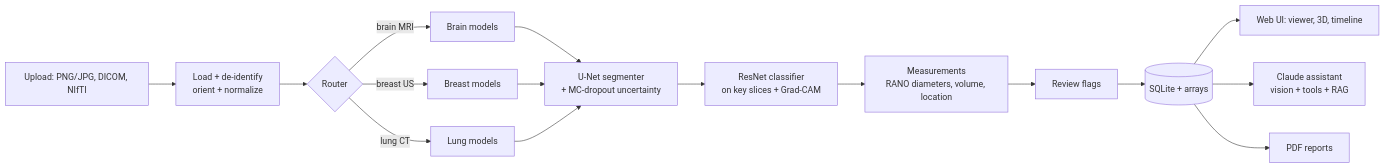
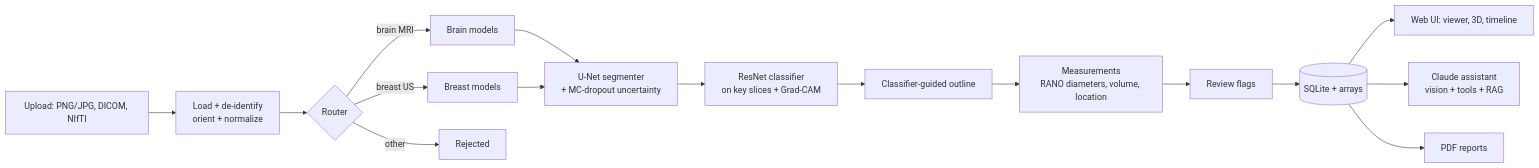
Before and after one commit to Vaishnavi220506/Medical: the diagram in README.md, drawn with Mermaid. The commit also changed other lines of this file and 1 other file, not shown here.

````diff
--- a/README.md
+++ b/README.md
@@ -88,16 +132,17 @@
 ```mermaid
 flowchart LR
     U[Upload: PNG/JPG, DICOM, NIfTI] --> IO[Load + de-identify<br/>orient + normalize]
     IO --> R{Router}
     R -->|brain MRI| B[Brain models]
     R -->|breast US| BR[Breast models]
-    R -->|lung CT| L[Lung models]
-    B & BR & L --> S[U-Net segmenter<br/>+ MC-dropout uncertainty]
+    R -->|other| X[Rejected]
+    B & BR --> S[U-Net segmenter<br/>+ MC-dropout uncertainty]
     S --> C[ResNet classifier<br/>on key slices + Grad-CAM]
-    C --> M[Measurements<br/>RANO diameters, volume, location]
+    C --> G[Classifier-guided outline]
+    G --> M[Measurements<br/>RANO diameters, volume, location]
     M --> F[Review flags]
     F --> DB[(SQLite + arrays)]
     DB --> UI[Web UI: viewer, 3D, timeline]
     DB --> LLM[Claude assistant<br/>vision + tools + RAG]
     DB --> PDF[PDF reports]
 ```
````
